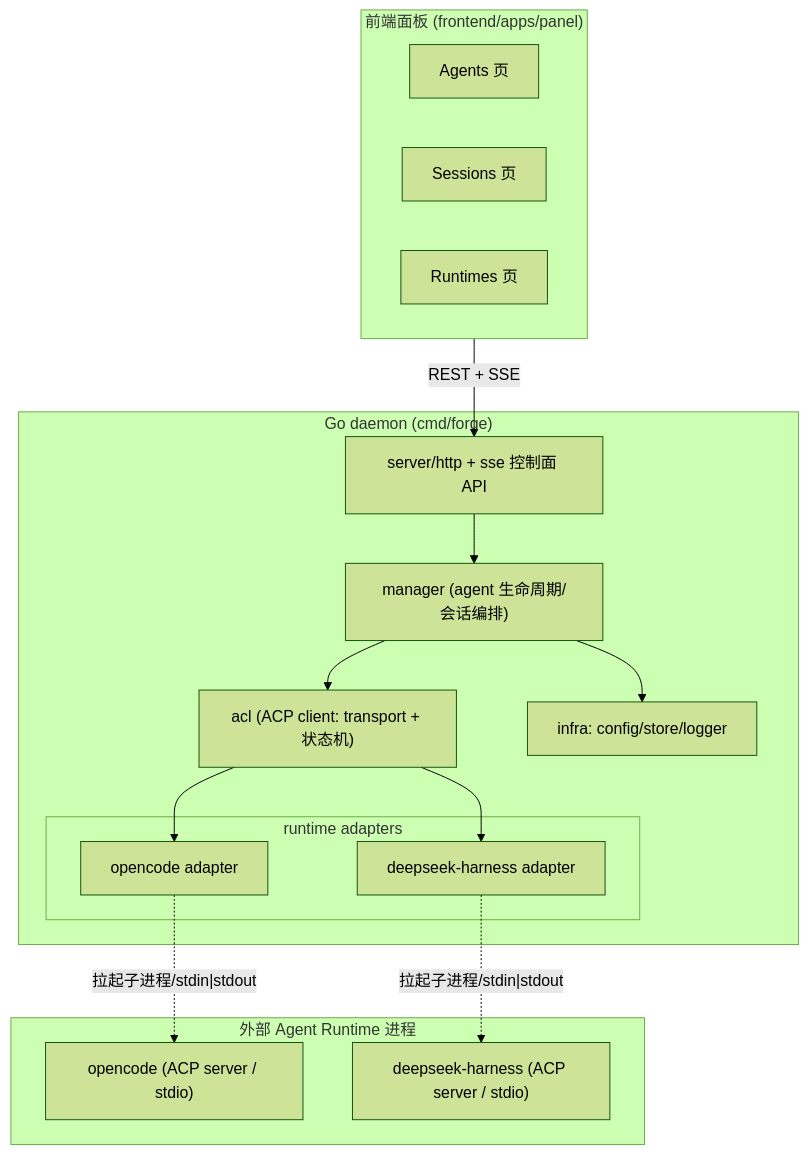
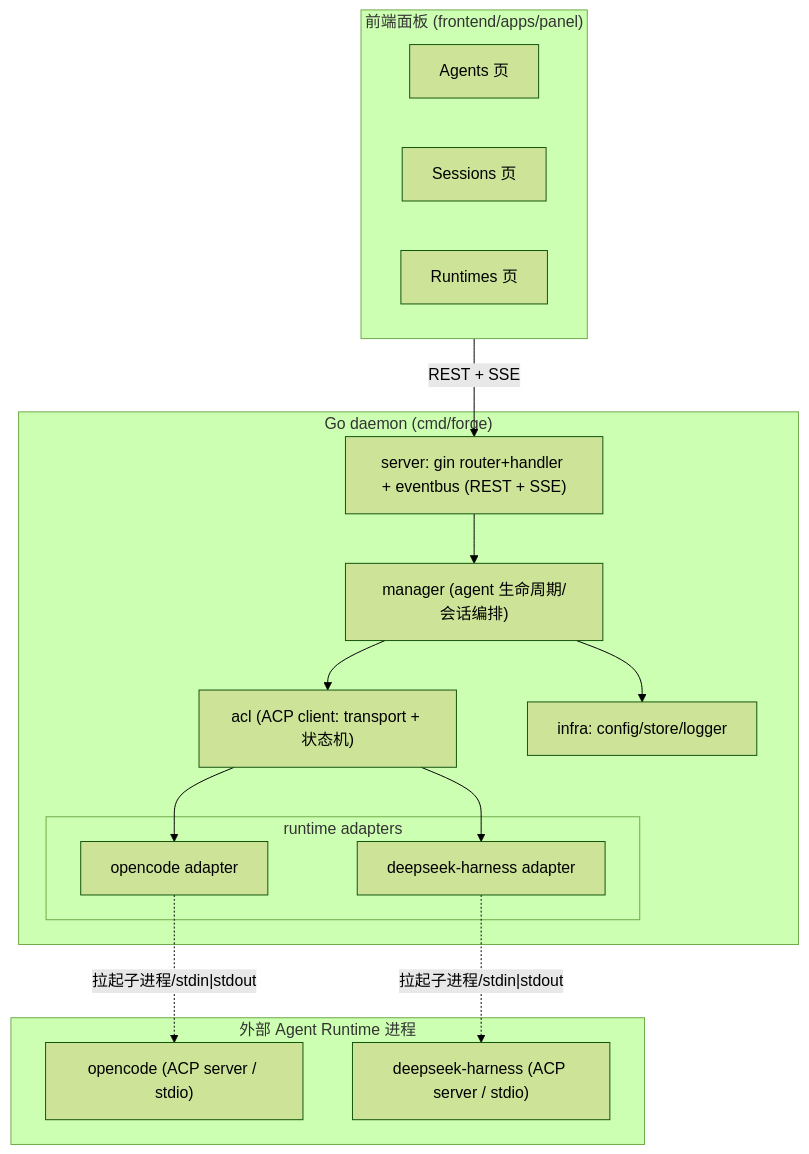
The diagram in docs/architect-design.md (morehao/ark-mate), drawn with Mermaid (forest theme) before and after one commit. The commit also changed other lines of this file and 29 other files, not shown here.

First line of the commit message:
feat(server): establish backend control plane with eventbus SSE (#1)

````diff
--- a/docs/architect-design.md
+++ b/docs/architect-design.md
@@ -73,33 +89,33 @@
 ```mermaid
 graph TB
     subgraph FE["前端面板 (frontend/apps/panel)"]
         PA["Agents 页"]
         PS["Sessions 页"]
         PR["Runtimes 页"]
     end
 
     subgraph BE["Go daemon (cmd/forge)"]
-        API["server/http + sse 控制面 API"]
+        API["server: gin router+handler + eventbus (REST + SSE)"]
         MGR["manager (agent 生命周期/会话编排)"]
         ACL["acl (ACP client: transport + 状态机)"]
         subgraph RT["runtime adapters"]
             O["opencode adapter"]
             H["deepseek-harness adapter"]
         end
         INFRA["infra: config/store/logger"]
     end
 
     subgraph AGENTS["外部 Agent Runtime 进程"]
         OPROC["opencode (ACP server / stdio)"]
         HPROC["deepseek-harness (ACP server / stdio)"]
     end
 
     FE -->|REST + SSE| API
     API --> MGR
     MGR --> ACL
     ACL --> O
     ACL --> H
     O -.拉起子进程/stdin|stdout.-> OPROC
     H -.拉起子进程/stdin|stdout.-> HPROC
     MGR --> INFRA
 ```
````
